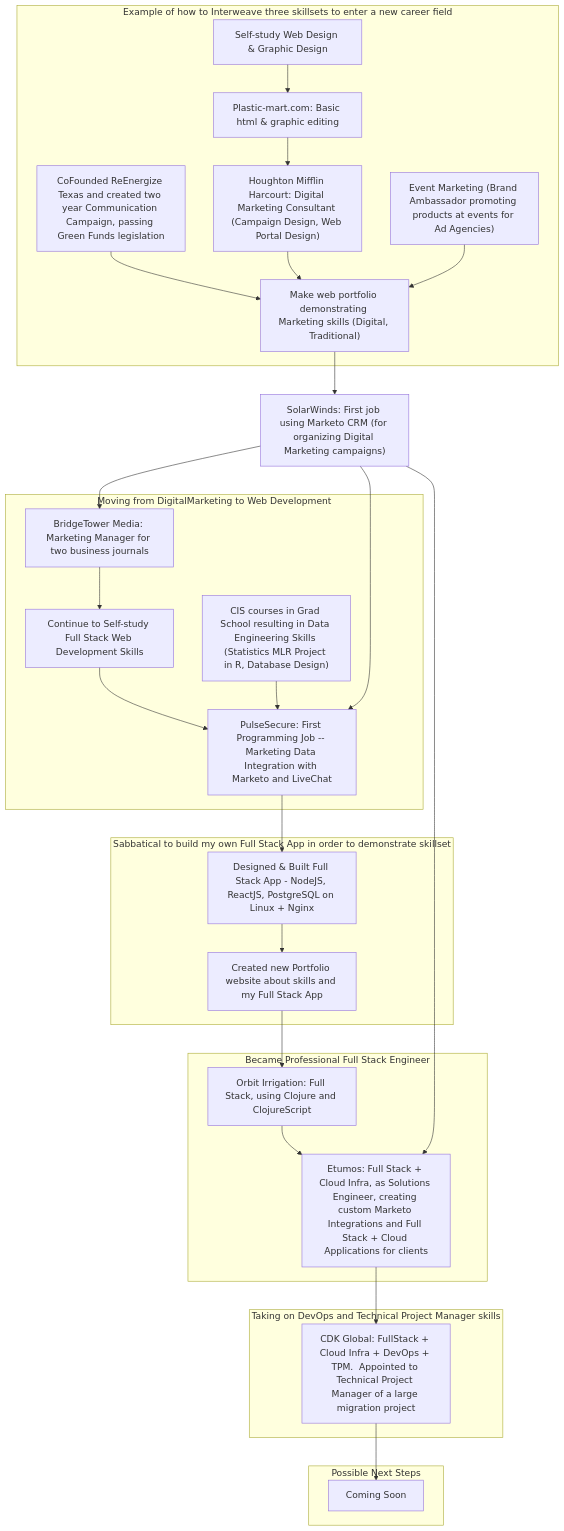
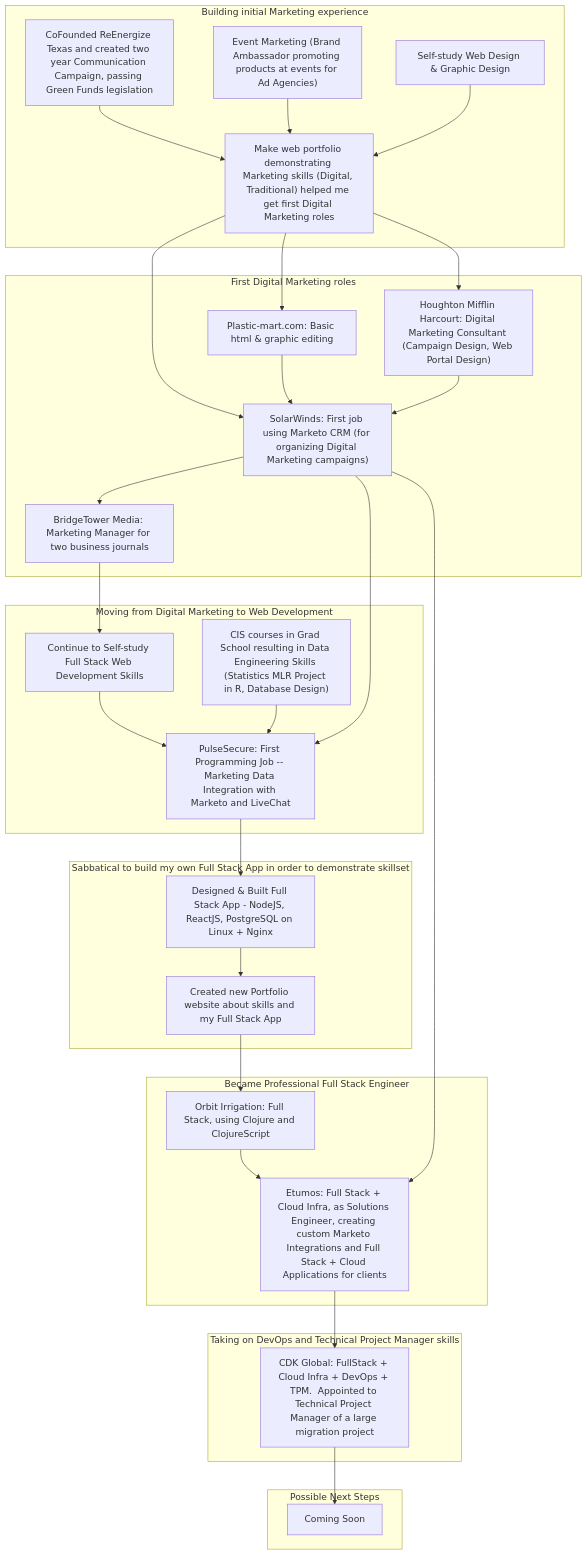
Before and after one commit to pmeaney/pmeaney: the diagram in README.md, drawn with Mermaid.

````diff
--- a/README.md
+++ b/README.md
@@ -64,45 +64,52 @@
 ```mermaid
   graph TD;
-      subgraph one[Example of how to Interweave three skillsets to enter a new career field]
+      subgraph one[Building initial Marketing experience]
         A["`CoFounded ReEnergize Texas and created two year Communication Campaign, passing Green Funds legislation`"]-->D;
-        BB["`Houghton Mifflin Harcourt: Digital Marketing Consultant (Campaign Design, Web Portal Design)`"]-->D
+
         B["`Event Marketing (Brand Ambassador promoting products at events for Ad Agencies)`"]-->D;
-        C["`Self-study Web Design & Graphic Design`"]-->DD;
-        DD["`Plastic-mart.com: Basic html & graphic editing`"]-->BB
+
+        C["`Self-study Web Design & Graphic Design`"]--> D["`Make web portfolio demonstrating Marketing skills (Digital, Traditional) helped me get first Digital Marketing roles`"]
+
+      end
+
+      D-->DD
+      D-->BB
+      D-->E
+
+      subgraph firstMarketing[First Digital Marketing roles]
+        DD["`Plastic-mart.com: Basic html & graphic editing`"]-->E
+        BB["`Houghton Mifflin Harcourt: Digital Marketing Consultant (Campaign Design, Web Portal Design)`"]-->E
+        E["`SolarWinds: First job using Marketo CRM (for organizing Digital Marketing campaigns)`"]-->F
       end
 
 
-      subgraph two[Moving from DigitalMarketing to Web Development]
+      subgraph two[Moving from Digital Marketing to Web Development]
         F["`BridgeTower Media: Marketing Manager for two business journals`"]-->G
         G["`Continue to Self-study Full Stack Web Development Skills`"]-->I
         H["`CIS courses in Grad School resulting in Data Engineering Skills (Statistics MLR Project in R, Database Design)`"]-->I
         I["`PulseSecure: First Programming Job -- Marketing Data Integration with Marketo and LiveChat`"]
       end
 
       subgraph three[Sabbatical to build my own Full Stack App in order to demonstrate skillset]
         I-->J["`Designed & Built Full Stack App - NodeJS, ReactJS, PostgreSQL on Linux + Nginx`"]
         J-->K["`Created new Portfolio website about skills and my Full Stack App`"]
       end
 
       subgraph four[Became Professional Full Stack Engineer]
         L["`Orbit Irrigation: Full Stack, using Clojure and ClojureScript`"]-->M["`Etumos: Full Stack + Cloud Infra, as Solutions Engineer, creating custom Marketo Integrations and Full Stack + Cloud Applications for clients`"]
       end
 
       subgraph five[Taking on DevOps and Technical Project Manager skills]
         N["`CDK Global: FullStack + Cloud Infra + DevOps + TPM.  Appointed to Technical Project Manager of a large migration project`"]
       end
 
       subgraph six[Possible Next Steps]
         O["`Coming Soon`"]
       end
 
-
-      D["`Make web portfolio demonstrating Marketing skills (Digital, Traditional)`"]-->E["`SolarWinds: First job using Marketo CRM (for organizing Digital Marketing campaigns)`"]
-
-      E-->F
       E-->I
       E-->M
       K-->L
       M-->N
       N-->O
 ```
````
